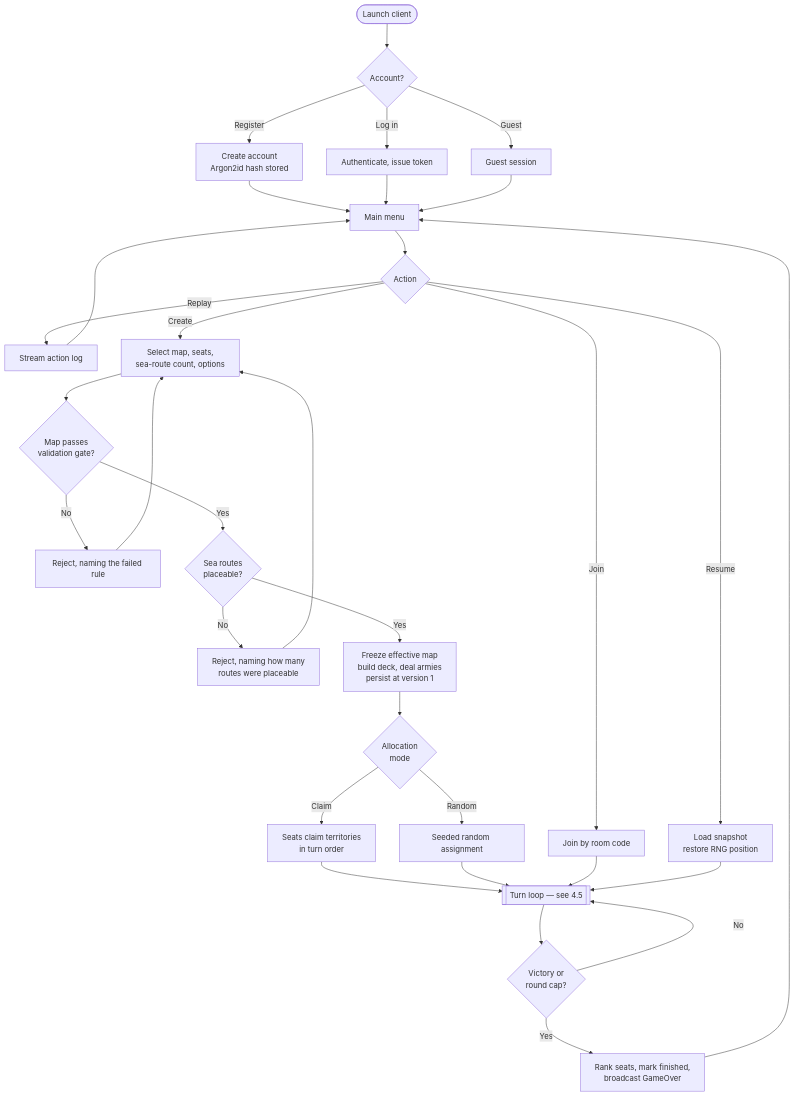
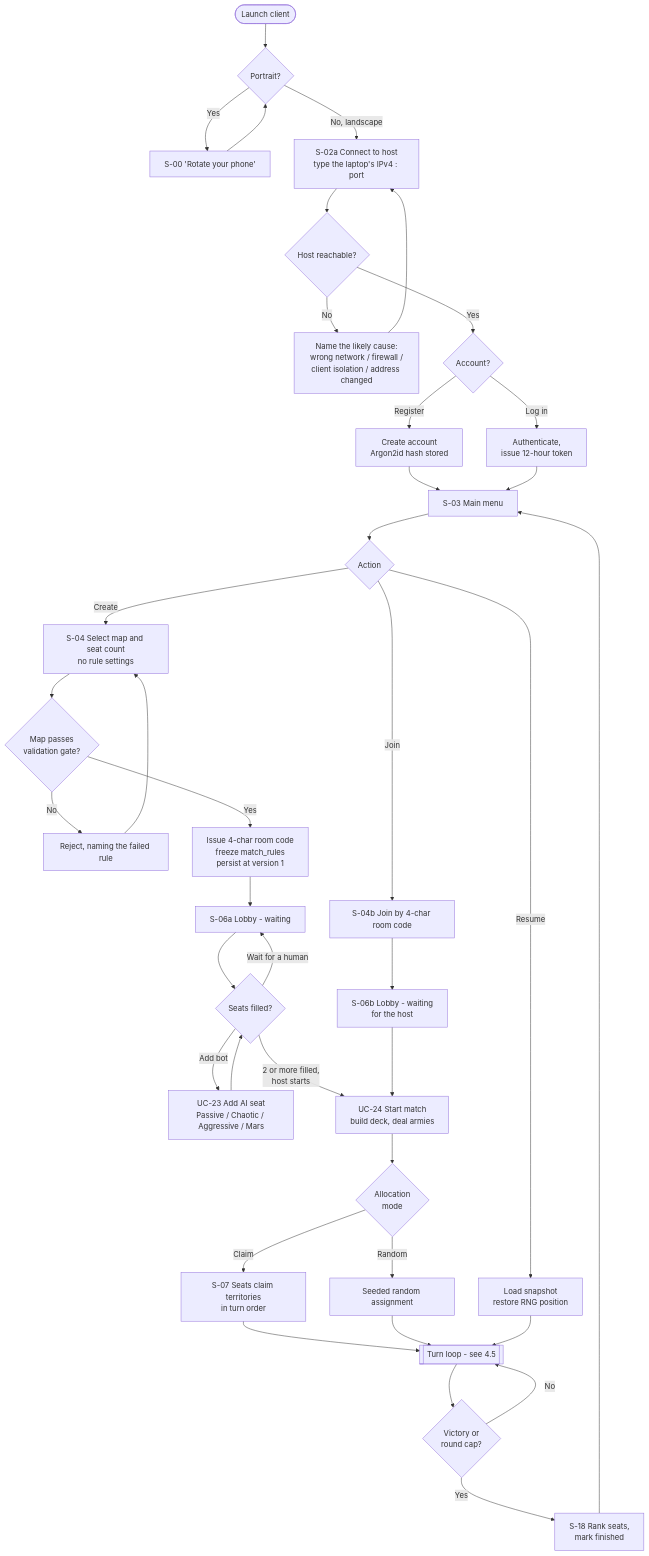
One commit to MujtabaNite/Order_And_Conquest changed the second of 14 diagrams in docs/04-system-analysis.md. Above: the diagram before and after it, drawn with Mermaid. The commit also changed other lines of this file and 9 other files, not shown here.

````diff
--- a/docs/04-system-analysis.md
+++ b/docs/04-system-analysis.md
@@ -486,39 +612,48 @@
 ```mermaid
 flowchart TD
-    START(["Launch client"]) --> AUTH{"Account?"}
+    START(["Launch client"]) --> ROT{"Portrait?"}
+    ROT -->|"Yes"| ROTP["S-00 'Rotate your phone'"]
+    ROTP --> ROT
+    ROT -->|"No, landscape"| HOST["S-02a Connect to host<br/>type the laptop's IPv4 : port"]
+    HOST --> REACH{"Host reachable?"}
+    REACH -->|"No"| ERRH["Name the likely cause:<br/>wrong network / firewall /<br/>client isolation / address changed"]
+    ERRH --> HOST
+    REACH -->|"Yes"| AUTH{"Account?"}
+
     AUTH -->|"Register"| REG["Create account<br/>Argon2id hash stored"]
-    AUTH -->|"Log in"| LOGIN["Authenticate, issue token"]
-    AUTH -->|"Guest"| GUEST["Guest session"]
+    AUTH -->|"Log in"| LOGIN["Authenticate,<br/>issue 12-hour token"]
     REG --> MENU
     LOGIN --> MENU
-    GUEST --> MENU
 
-    MENU["Main menu"] --> CHOICE{"Action"}
+    MENU["S-03 Main menu"] --> CHOICE{"Action"}
     CHOICE -->|"Resume"| LOADM["Load snapshot<br/>restore RNG position"]
-    CHOICE -->|"Replay"| REPLAY["Stream action log"]
-    CHOICE -->|"Join"| JOINM["Join by room code"]
-    CHOICE -->|"Create"| CREATE["Select map, seats,<br/>sea-route count, options"]
+    CHOICE -->|"Join"| JOINM["S-04b Join by 4-char room code"]
+    CHOICE -->|"Create"| CREATE["S-04 Select map and seat count<br/>no rule settings"]
 
     CREATE --> VAL{"Map passes<br/>validation gate?"}
     VAL -->|"No"| ERRV["Reject, naming the failed rule"]
     ERRV --> CREATE
-    VAL -->|"Yes"| GENSR{"Sea routes<br/>placeable?"}
-    GENSR -->|"No"| ERRS["Reject, naming how many<br/>routes were placeable"]
-    ERRS --> CREATE
-    GENSR -->|"Yes"| FREEZE["Freeze effective map<br/>build deck, deal armies<br/>persist at version 1"]
+    VAL -->|"Yes"| ROOM["Issue 4-char room code<br/>freeze match_rules<br/>persist at version 1"]
 
-    FREEZE --> ALLOC{"Allocation<br/>mode"}
-    ALLOC -->|"Claim"| CLAIM["Seats claim territories<br/>in turn order"]
+    ROOM --> LOBBY["S-06a Lobby - waiting"]
+    JOINM --> LOBBY2["S-06b Lobby - waiting<br/>for the host"]
+    LOBBY --> FILL{"Seats filled?"}
+    FILL -->|"Add bot"| AIADD["UC-23 Add AI seat<br/>Passive / Chaotic / Aggressive / Mars"]
+    AIADD --> FILL
+    FILL -->|"Wait for a human"| LOBBY
+    FILL -->|"2 or more filled,<br/>host starts"| DEAL["UC-24 Start match<br/>build deck, deal armies"]
+    LOBBY2 --> DEAL
+
+    DEAL --> ALLOC{"Allocation<br/>mode"}
+    ALLOC -->|"Claim"| CLAIM["S-07 Seats claim territories<br/>in turn order"]
     ALLOC -->|"Random"| RAND["Seeded random assignment"]
     CLAIM --> LOOP
     RAND --> LOOP
-    JOINM --> LOOP
     LOADM --> LOOP
 
-    LOOP[["Turn loop — see 4.5"]]
+    LOOP[["Turn loop - see 4.5"]]
     LOOP --> OVER{"Victory or<br/>round cap?"}
     OVER -->|"No"| LOOP
-    OVER -->|"Yes"| RESULT["Rank seats, mark finished,<br/>broadcast GameOver"]
+    OVER -->|"Yes"| RESULT["S-18 Rank seats,<br/>mark finished"]
     RESULT --> MENU
-    REPLAY --> MENU
 ```
````
